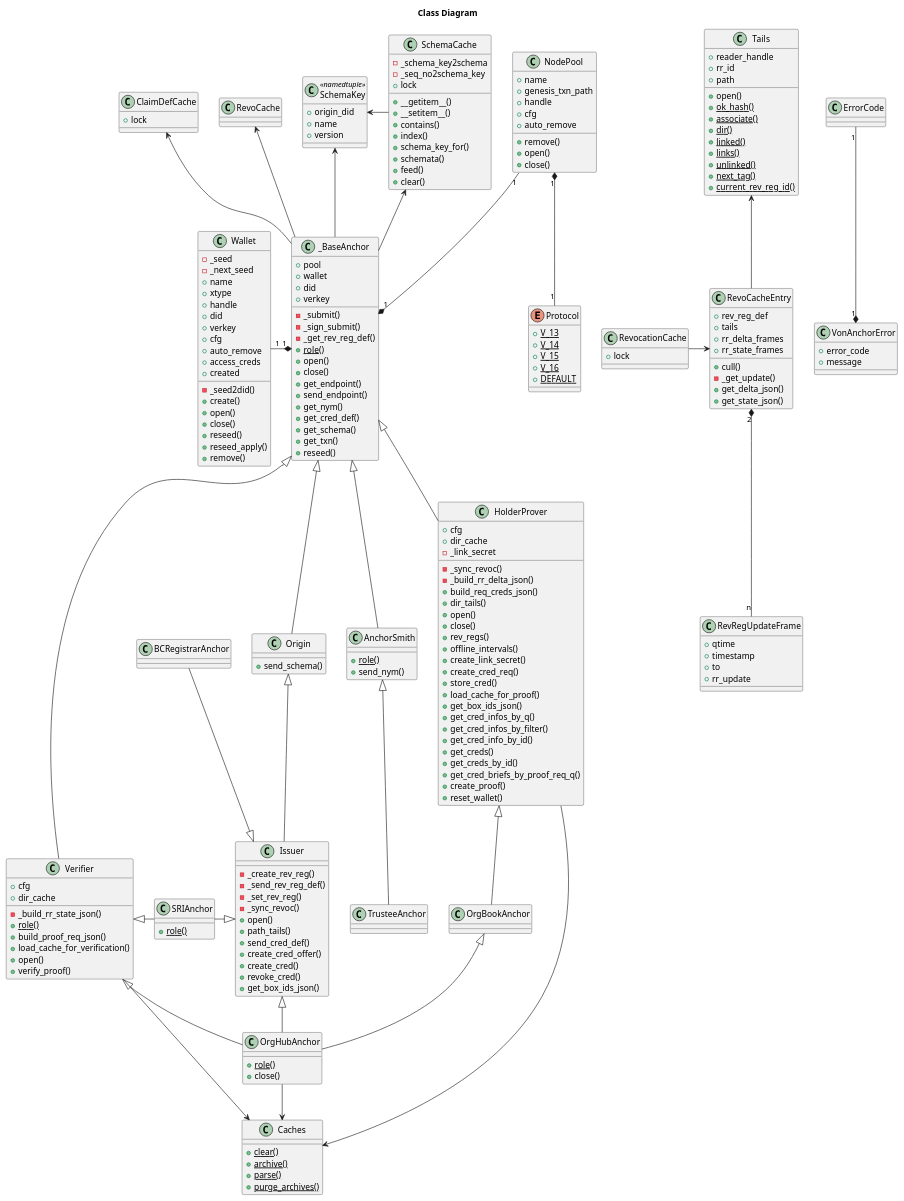
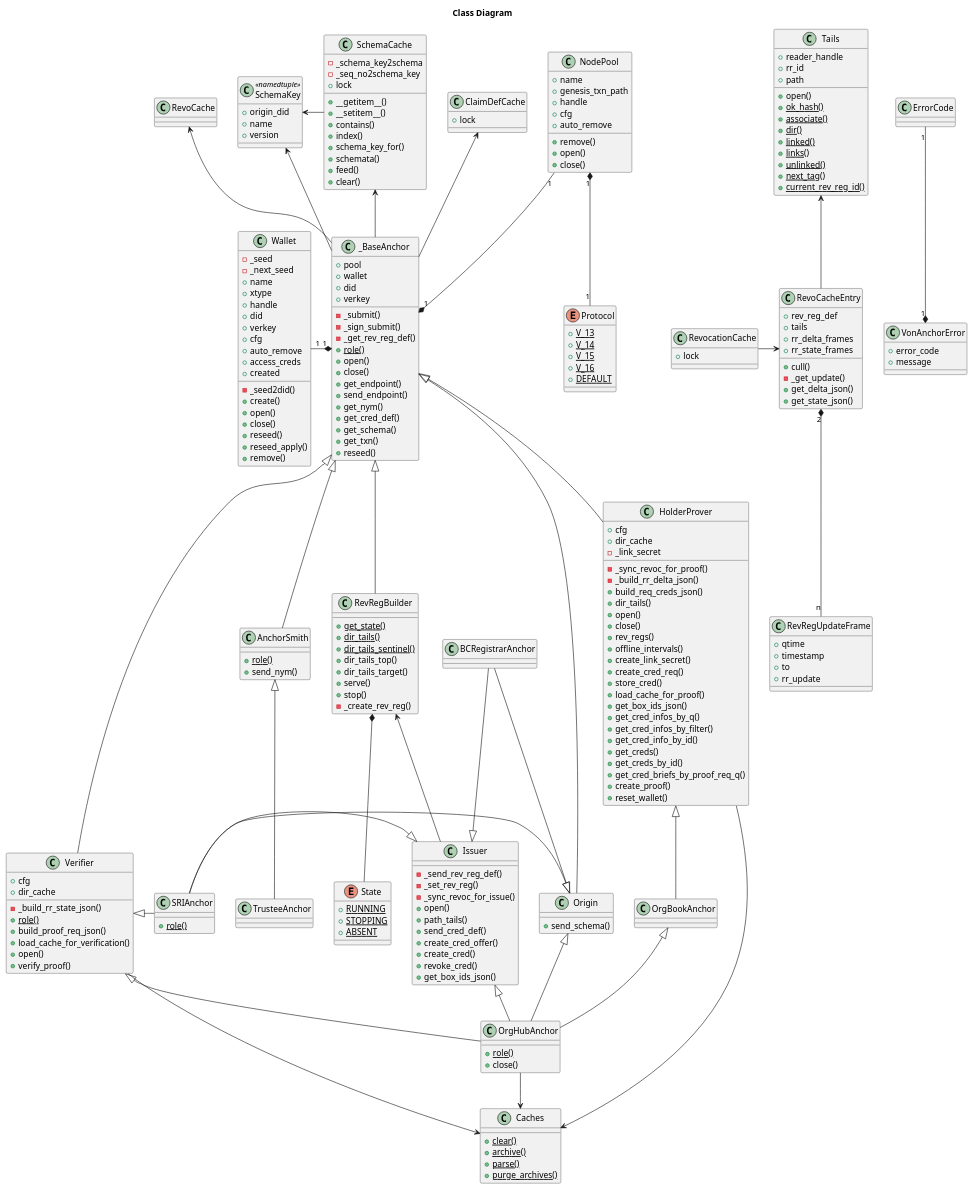
One commit to PSPC-SPAC-buyandsell/von_base changed the diagram in doc/pic/src/class.puml. Above: the diagram before and after it, drawn with PlantUML. The commit also changed 5 other files, not shown here.

Commit message:
external rev reg builder, pick up latest indy-sdk

```diff
--- a/doc/pic/src/class.puml
+++ b/doc/pic/src/class.puml
@@ -162,11 +162,27 @@
     +send_schema()
 }
 
+class RevRegBuilder {
+    {static} +get_state()
+    {static} +dir_tails()
+    {static} +dir_tails_sentinel()
+    +dir_tails_top()
+    +dir_tails_target()
+    +serve()
+    +stop()
+    -_create_rev_reg()
+}
+
+enum State {
+    {static} +RUNNING
+    {static} +STOPPING
+    {static} +ABSENT
+}
+
 class Issuer {
-    -_create_rev_reg()
     -_send_rev_reg_def()
     -_set_rev_reg()
-    -_sync_revoc()
+    -_sync_revoc_for_issue()
     +open()
     +path_tails()
     +send_cred_def()
@@ -180,7 +196,7 @@
     +cfg
     +dir_cache
     -_link_secret
-    -_sync_revoc()
+    -_sync_revoc_for_proof()
     -_build_rr_delta_json()
     +build_req_creds_json()
     +dir_tails()
@@ -238,6 +254,9 @@
 
 NodePool "1" *-- "1" Protocol
 
+RevRegBuilder *-- State
+
+
 _BaseAnchor -up-> SchemaCache
 _BaseAnchor "1" *-left- "1" Wallet
 _BaseAnchor "1" *-up- "1" NodePool
@@ -255,17 +274,21 @@
 _BaseAnchor <|-down- Verifier
 
 AnchorSmith <|-down- TrusteeAnchor
-Origin <|-down- Issuer
+_BaseAnchor <|-down- RevRegBuilder
+RevRegBuilder <-- Issuer
 
+Origin <|-left- SRIAnchor
 Issuer <|-left- SRIAnchor
 Verifier <|-right- SRIAnchor
 
 Issuer <|-up- BCRegistrarAnchor
+Origin <|-up- BCRegistrarAnchor
 
 HolderProver <|-down- OrgBookAnchor
 
 OrgBookAnchor <|-- OrgHubAnchor
 Issuer <|-- OrgHubAnchor
+Origin <|-- OrgHubAnchor
 Verifier <|-- OrgHubAnchor
 
 HolderProver --> Caches
```
